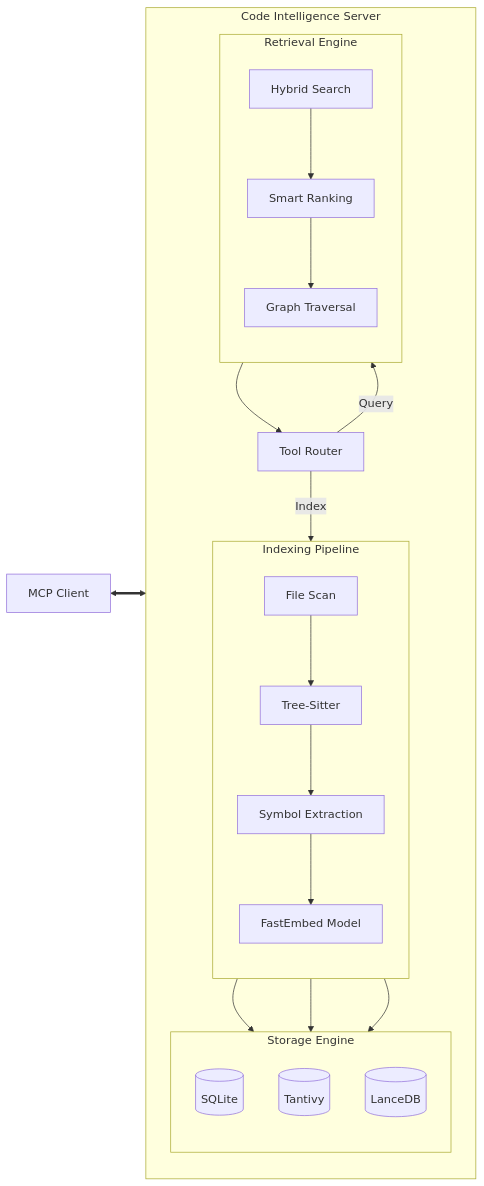
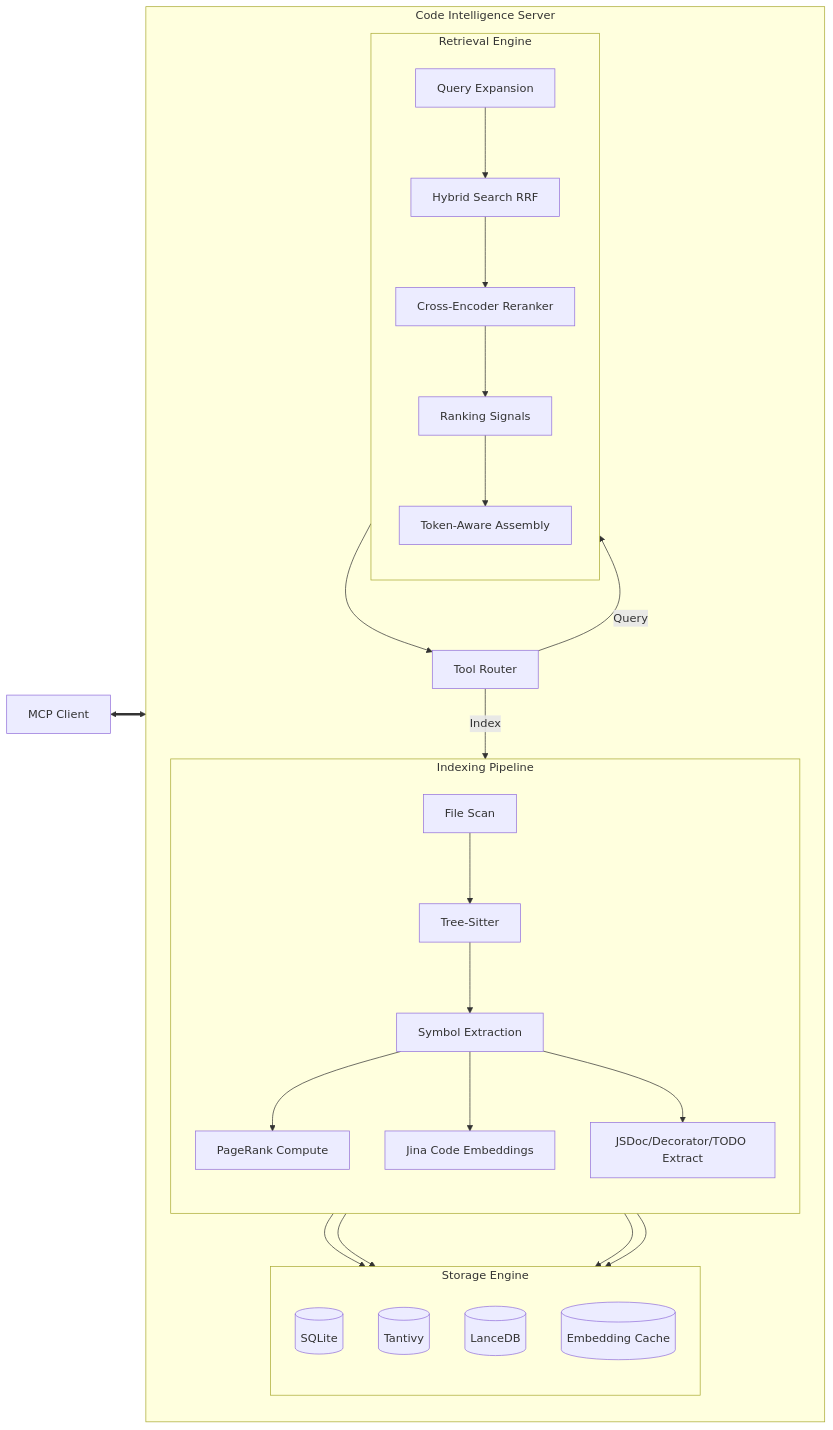
The diagram in README.md (iceinvein/code_intelligence_mcp_server), drawn with Mermaid before and after one commit. The commit also changed other lines of this file and 5 other files, not shown here.

````diff
--- a/README.md
+++ b/README.md
@@ -116,41 +230,49 @@
 ```mermaid
 flowchart LR
   Client[MCP Client] <==> Tools
 
   subgraph Server [Code Intelligence Server]
     direction TB
     Tools[Tool Router]
-    
+
     subgraph Indexer [Indexing Pipeline]
       direction TB
       Scan[File Scan] --> Parse[Tree-Sitter]
       Parse --> Extract[Symbol Extraction]
-      Extract --> Embed[FastEmbed Model]
+      Extract --> PageRank[PageRank Compute]
+      Extract --> Embed[Jina Code Embeddings]
+      Extract --> JSDoc[JSDoc/Decorator/TODO Extract]
     end
 
     subgraph Storage [Storage Engine]
       direction TB
       SQLite[(SQLite)]
       Tantivy[(Tantivy)]
       Lance[(LanceDB)]
+      Cache[(Embedding Cache)]
     end
-    
+
     subgraph Retrieval [Retrieval Engine]
       direction TB
-      Hybrid[Hybrid Search]
-      Ranking[Smart Ranking]
-      Graph[Graph Traversal]
+      QueryExpand[Query Expansion]
+      Hybrid[Hybrid Search RRF]
+      Rerank[Cross-Encoder Reranker]
+      Signals[Ranking Signals]
+      Context[Token-Aware Assembly]
     end
 
     %% Data Flow
     Tools -- Index --> Scan
-    Embed --> SQLite
-    Embed --> Tantivy
+    PageRank --> SQLite
     Embed --> Lance
-    
-    Tools -- Query --> Hybrid
-    Hybrid --> Ranking
-    Ranking --> Graph
-    Graph --> Tools
+    Embed --> Cache
+    JSDoc --> SQLite
+
+    Tools -- Query --> QueryExpand
+    QueryExpand --> Hybrid
+    Hybrid --> Rerank
+    Rerank --> Signals
+    Signals --> Context
+    Context --> Tools
   end
 ```
````
